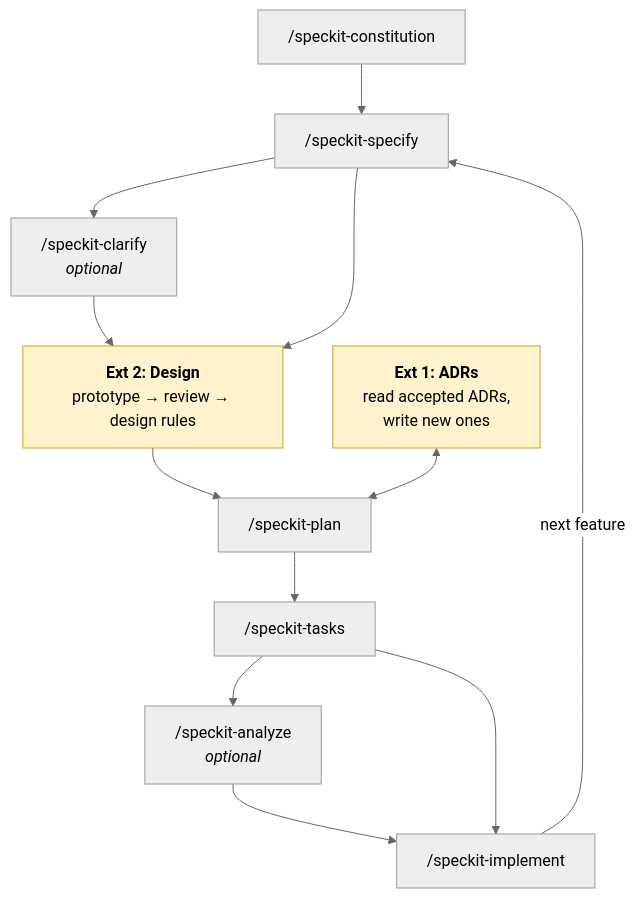
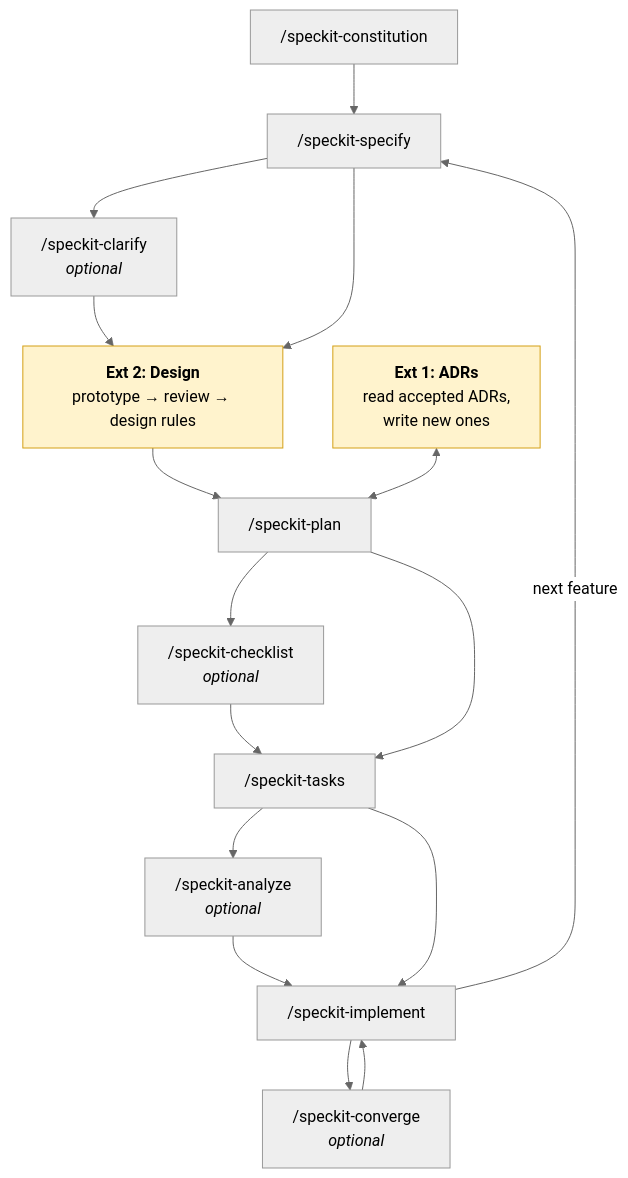
Before and after one commit to mrmikkl/board-a-licious: the diagram in docs/speckit-extended.md, drawn with Mermaid (neutral theme). The commit also changed other lines of this file, not shown here.

Commit message:
📝 documented checklist and converge in the extended flow diagram

````diff
--- a/docs/speckit-extended.md
+++ b/docs/speckit-extended.md
@@ -13,23 +13,28 @@
 ```mermaid
 flowchart TD
     C["/speckit-constitution"]
     S["/speckit-specify"]
     CL["/speckit-clarify<br/><i>optional</i>"]
     D["<b>Ext 2: Design</b><br/>prototype → review → design rules"]
     P["/speckit-plan"]
     ADR["<b>Ext 1: ADRs</b><br/>read accepted ADRs,<br/>write new ones"]
+    CH["/speckit-checklist<br/><i>optional</i>"]
     T["/speckit-tasks"]
     A["/speckit-analyze<br/><i>optional</i>"]
     I["/speckit-implement"]
+    CO["/speckit-converge<br/><i>optional</i>"]
 
     C --> S --> CL --> D
     S --> D
     D --> P
     ADR <--> P
-    P --> T --> A --> I
+    P --> CH --> T
+    P --> T
+    T --> A --> I
     T --> I
+    I --> CO --> I
     I -->|next feature| S
 
     classDef ext fill:#fff3cd,stroke:#d4a017,color:#000;
     class D,ADR ext;
 ```
````
